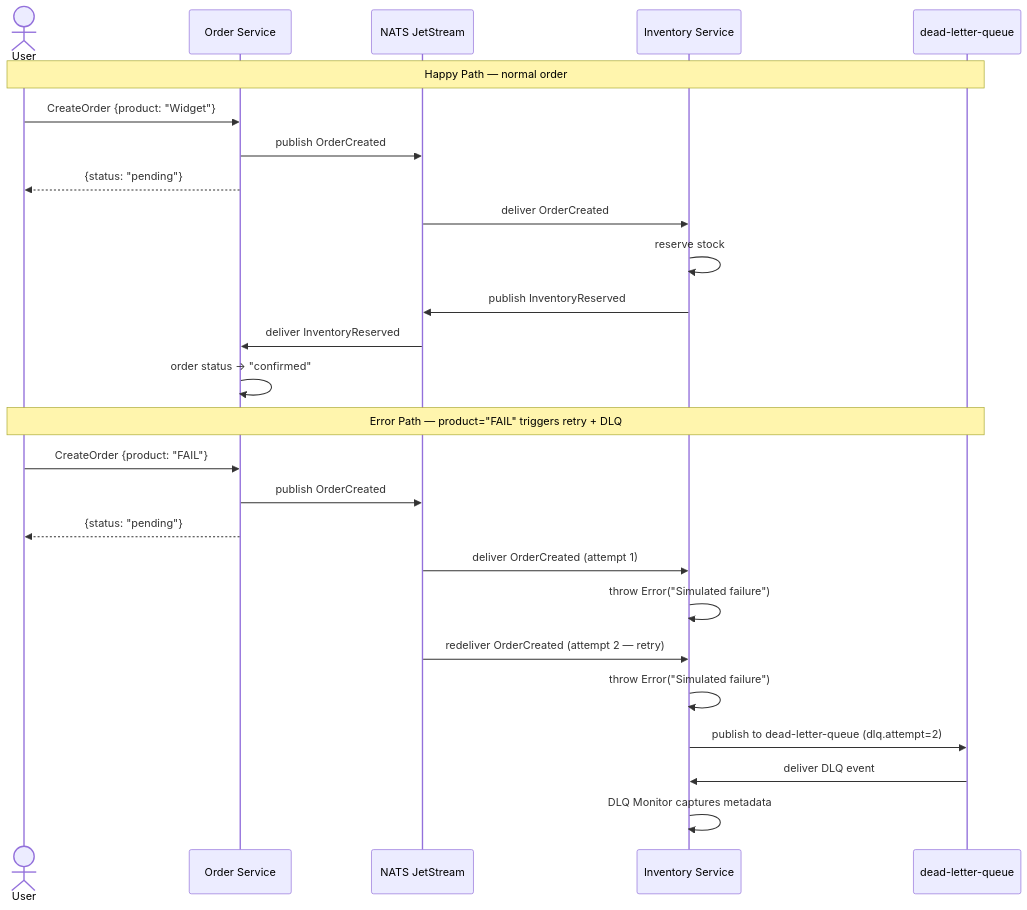
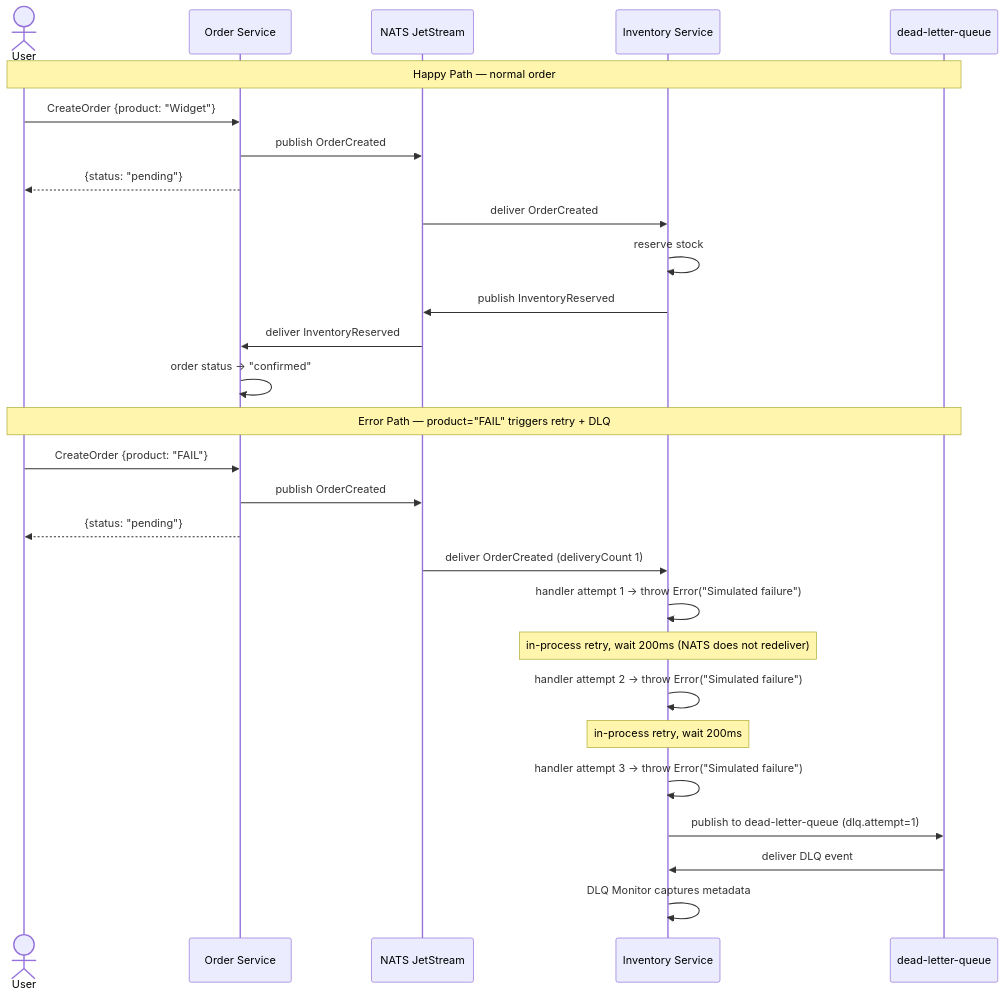
The second of 2 diagrams in with-events-dlq/README.md (Connectum-Framework/examples), drawn with Mermaid before and after one commit. The commit also changed other lines of this file and 270 other files, not shown here.

````diff
--- a/with-events-dlq/README.md
+++ b/with-events-dlq/README.md
@@ -42,32 +42,34 @@
 ```mermaid
 sequenceDiagram
     actor User
     participant OS as Order Service
     participant NATS as NATS JetStream
     participant IS as Inventory Service
     participant DLQ as dead-letter-queue
 
     Note over User,DLQ: Happy Path — normal order
 
     User->>OS: CreateOrder {product: "Widget"}
     OS->>NATS: publish OrderCreated
     OS-->>User: {status: "pending"}
     NATS->>IS: deliver OrderCreated
     IS->>IS: reserve stock
     IS->>NATS: publish InventoryReserved
     NATS->>OS: deliver InventoryReserved
     OS->>OS: order status → "confirmed"
 
     Note over User,DLQ: Error Path — product="FAIL" triggers retry + DLQ
 
     User->>OS: CreateOrder {product: "FAIL"}
     OS->>NATS: publish OrderCreated
     OS-->>User: {status: "pending"}
-    NATS->>IS: deliver OrderCreated (attempt 1)
-    IS->>IS: throw Error("Simulated failure")
-    NATS->>IS: redeliver OrderCreated (attempt 2 — retry)
-    IS->>IS: throw Error("Simulated failure")
-    IS->>DLQ: publish to dead-letter-queue (dlq.attempt=2)
+    NATS->>IS: deliver OrderCreated (deliveryCount 1)
+    IS->>IS: handler attempt 1 → throw Error("Simulated failure")
+    Note over IS: in-process retry, wait 200ms (NATS does not redeliver)
+    IS->>IS: handler attempt 2 → throw Error("Simulated failure")
+    Note over IS: in-process retry, wait 200ms
+    IS->>IS: handler attempt 3 → throw Error("Simulated failure")
+    IS->>DLQ: publish to dead-letter-queue (dlq.attempt=1)
     DLQ->>IS: deliver DLQ event
     IS->>IS: DLQ Monitor captures metadata
 ```
````
